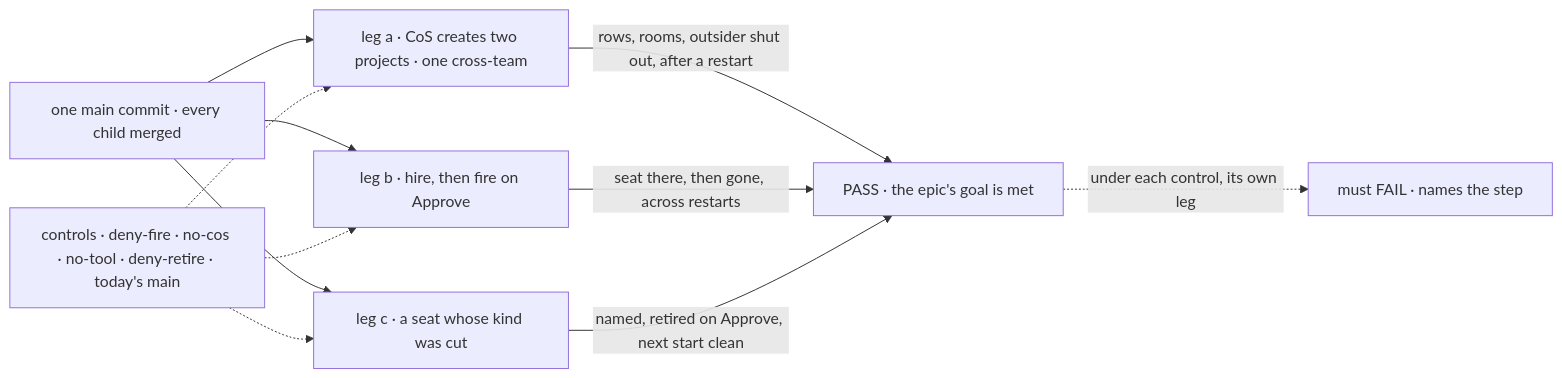
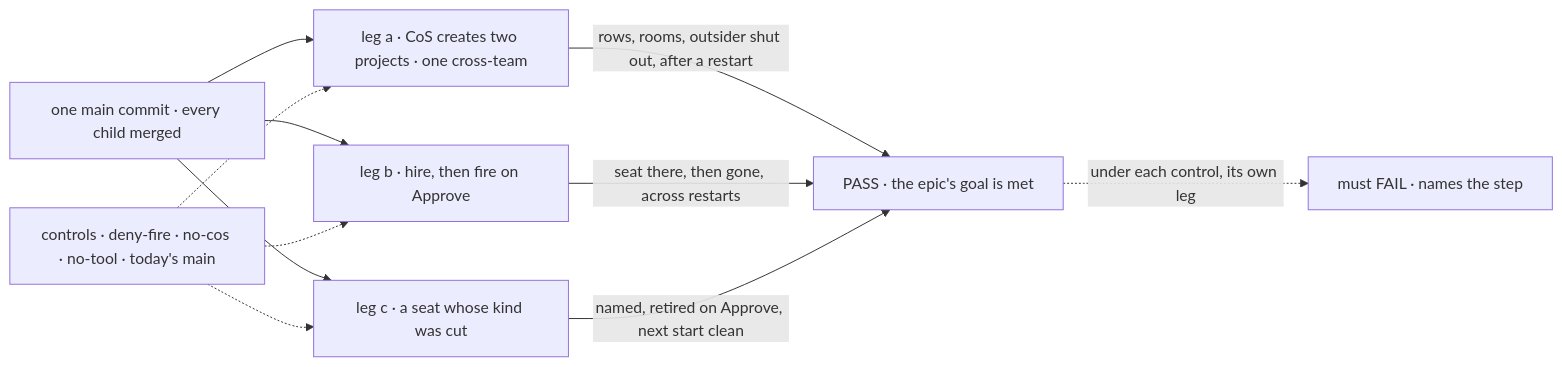
Before and after one commit to fixpoint-labs/flow-state-dev: the diagram in specs/issues/FIX-1720/SPEC.md, drawn with Mermaid. The commit also changed other lines of this file and 4 other files, not shown here.

````diff
--- a/specs/issues/FIX-1720/SPEC.md
+++ b/specs/issues/FIX-1720/SPEC.md
@@ -32,13 +32,13 @@
 ```mermaid
 flowchart LR
   M["one main commit · every child merged"] --> A["leg a · CoS creates two projects · one cross-team"]
   M --> B["leg b · hire, then fire on Approve"]
   M --> C["leg c · a seat whose kind was cut"]
   A -->|"rows, rooms, outsider shut out, after a restart"| P["PASS · the epic's goal is met"]
   B -->|"seat there, then gone, across restarts"| P
   C -->|"named, retired on Approve, next start clean"| P
-  X["controls · deny-fire · no-cos · no-tool · deny-retire · today's main"] -.-> A
+  X["controls · deny-fire · no-cos · no-tool · today's main"] -.-> A
   X -.-> B
   X -.-> C
   P -.->|"under each control, its own leg"| F["must FAIL · names the step"]
 ```
````
